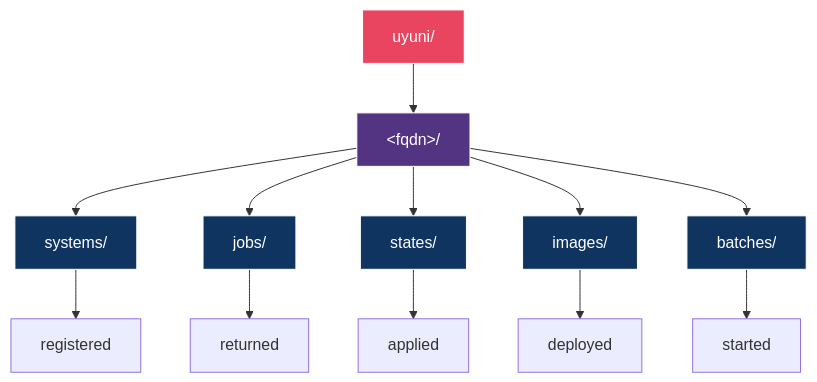
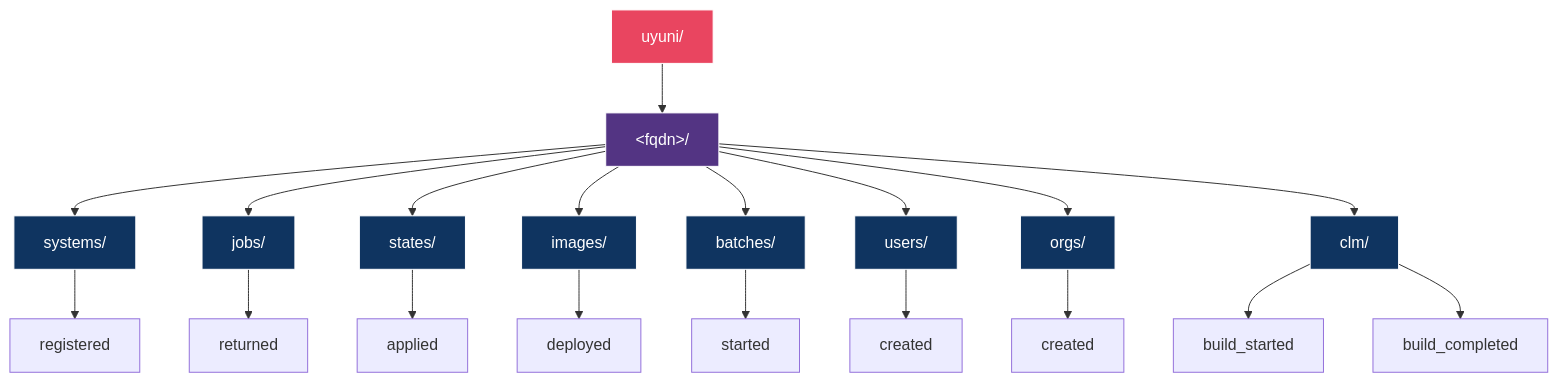
Before and after one commit to uyuni-project/uyuni-rfc: the eighth of 10 diagrams in accepted/00000-mqtt-event-publisher.md, drawn with Mermaid. The commit also changed other lines of this file, not shown here.

````diff
--- a/accepted/00000-mqtt-event-publisher.md
+++ b/accepted/00000-mqtt-event-publisher.md
@@ -361,22 +374,33 @@
 ```mermaid
 graph TD
     root["uyuni/"] --> fqdn["&lt;fqdn&gt;/"]
     fqdn --> systems["systems/"]
     fqdn --> jobs["jobs/"]
     fqdn --> states["states/"]
     fqdn --> images["images/"]
     fqdn --> batches["batches/"]
+    fqdn --> users["users/"]
+    fqdn --> orgs["orgs/"]
+    fqdn --> clm["clm/"]
+    
     systems --> registered["registered"]
     jobs --> returned["returned"]
     states --> applied["applied"]
     images --> deployed["deployed"]
     batches --> started["started"]
+    users --> u_created["created"]
+    orgs --> o_created["created"]
+    clm --> clm_started["build_started"]
+    clm --> clm_completed["build_completed"]
 
     style root fill:#e94560,stroke:#fff,color:#fff
     style fqdn fill:#533483,stroke:#fff,color:#fff
     style systems fill:#0f3460,stroke:#fff,color:#fff
     style jobs fill:#0f3460,stroke:#fff,color:#fff
     style states fill:#0f3460,stroke:#fff,color:#fff
     style images fill:#0f3460,stroke:#fff,color:#fff
     style batches fill:#0f3460,stroke:#fff,color:#fff
+    style users fill:#0f3460,stroke:#fff,color:#fff
+    style orgs fill:#0f3460,stroke:#fff,color:#fff
+    style clm fill:#0f3460,stroke:#fff,color:#fff
 ```
````
